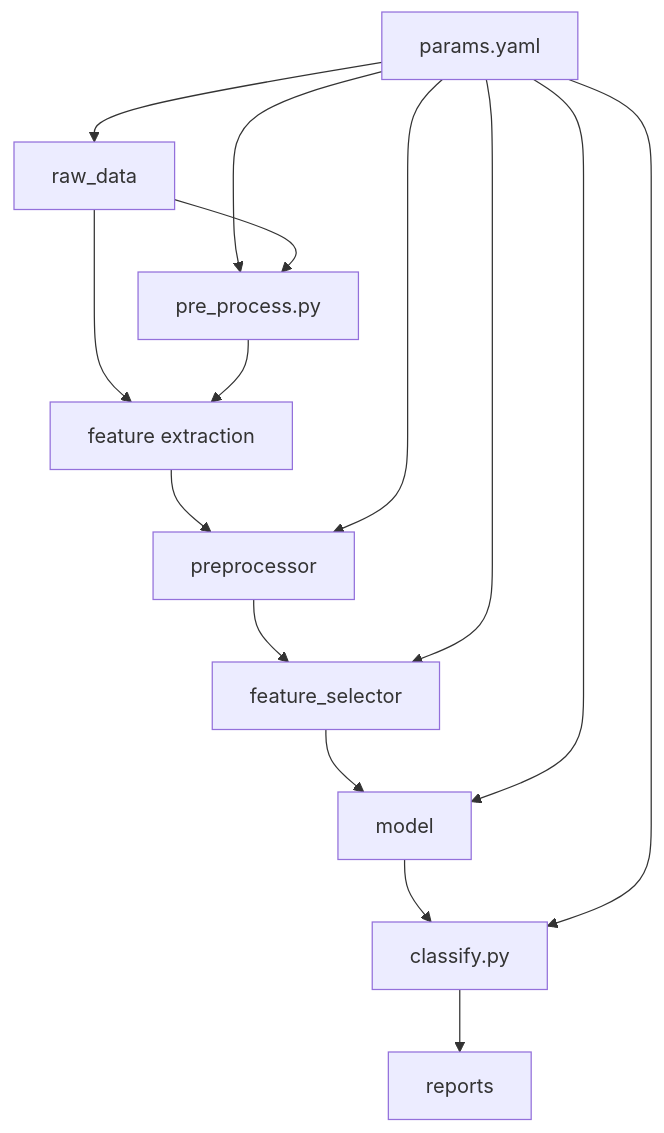
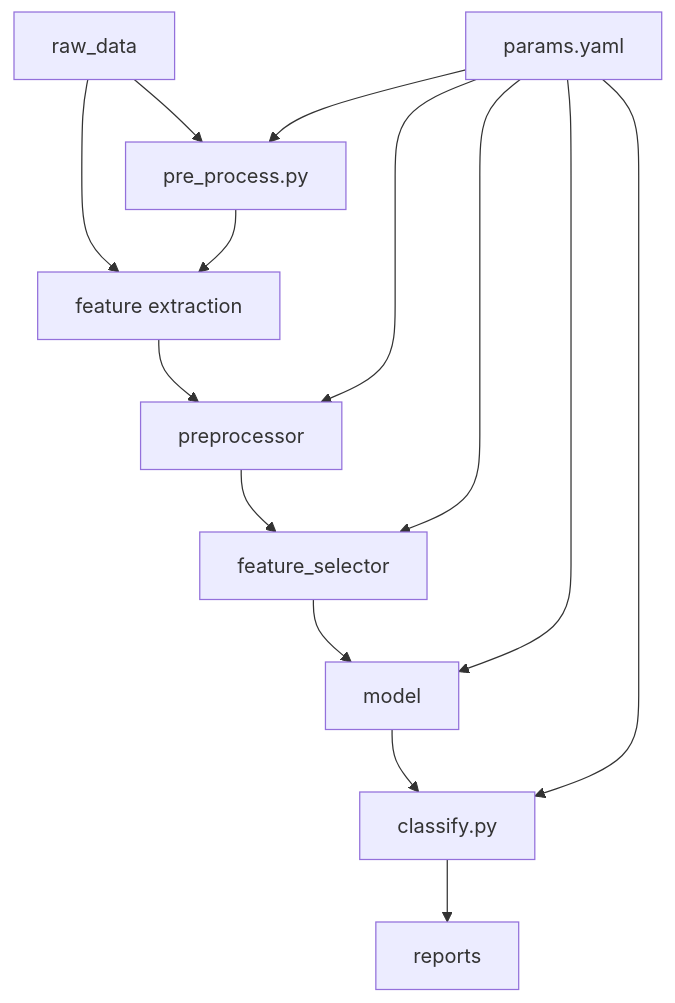
One commit to simplymathematics/as_activity_recognition changed the diagram in README.md. Above: the diagram before and after it, drawn with Mermaid.

````diff
--- a/README.md
+++ b/README.md
@@ -8,23 +8,23 @@
 ```mermaid
 flowchart TD
 	node1["raw_data"]
 	node2["feature extraction"]
 	node3["preprocessor"]
 	node4["feature_selector"]
 	node5["model"]
 	node8["pre_process.py"]
 	node9["classify.py"]
 	node13["params.yaml"]
 	node14["reports"]
 	node1-->node2-->node3-->node4-->node5
 	node5-->node9
 	node13-->node8
 	node1-->node8
 	node8-->node2
 	node13-->node3
 	node9-->node14
 	node13-->node4
 	node13-->node5
 	node13-->node9
-	node13-->node1
+	
 ```
````
